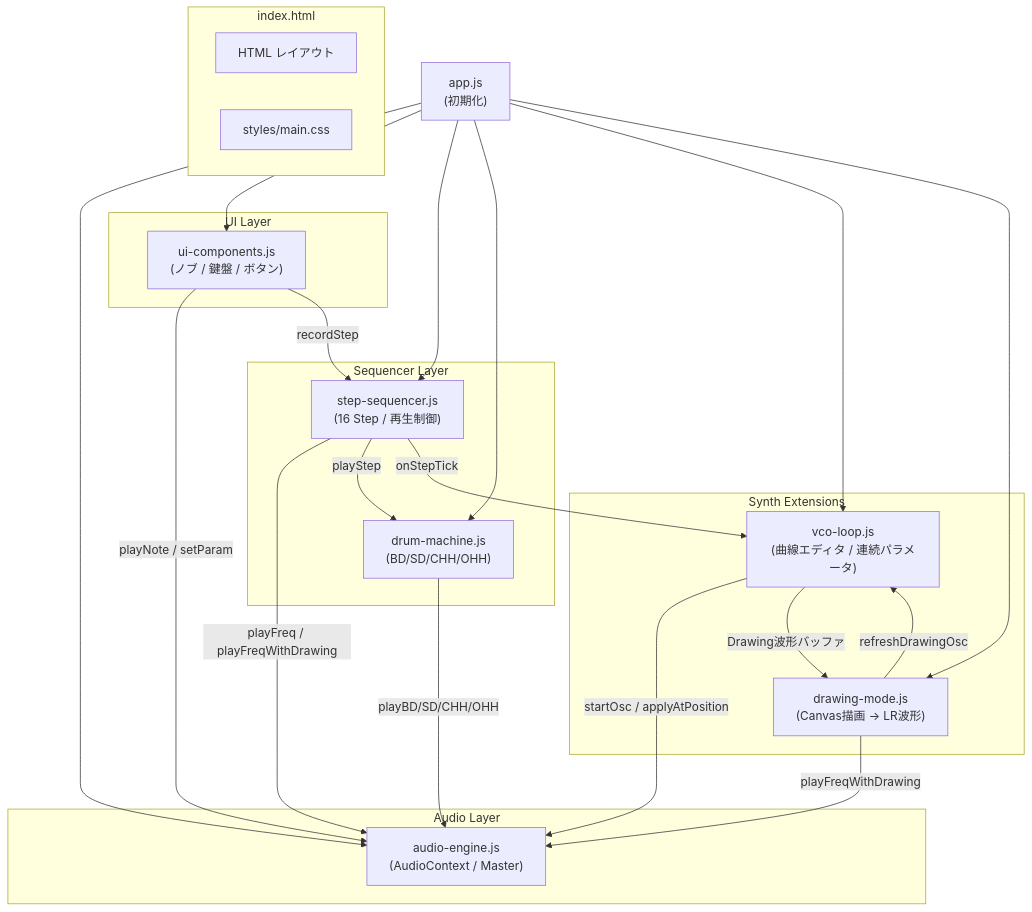
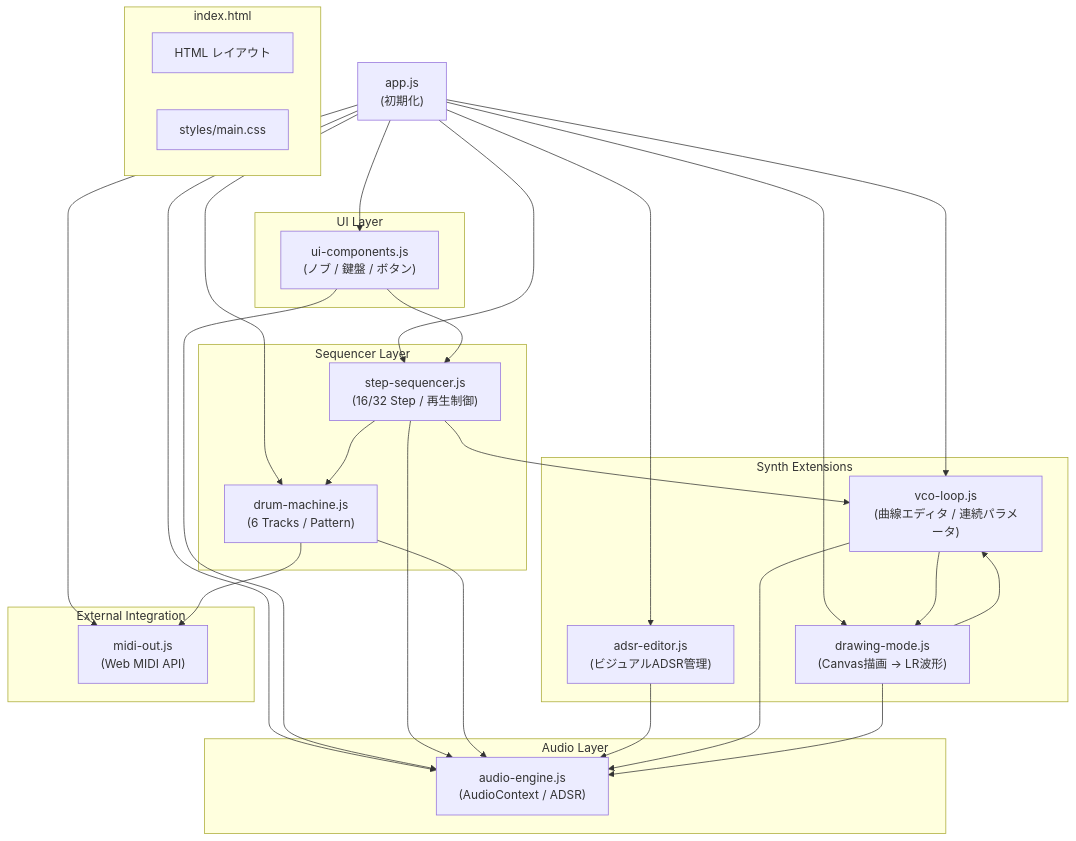
Before and after one commit to na-gasena/DrawingLissajousOscilloscopicSynthesizer-II-DLOSy-II: the first of 2 diagrams in Doc/architecture.md, drawn with Mermaid. The commit also changed other lines of this file and 9 other files, not shown here.

````diff
--- a/Doc/architecture.md
+++ b/Doc/architecture.md
@@ -43,49 +46,59 @@
 ```mermaid
 graph TD
     subgraph "index.html"
         HTML["HTML レイアウト"]
         CSS["styles/main.css"]
     end
 
     subgraph "Audio Layer"
-        AE["audio-engine.js<br/>(AudioContext / Master)"]
+        AE["audio-engine.js<br/>(AudioContext / ADSR)"]
     end
 
     subgraph "Sequencer Layer"
-        SS["step-sequencer.js<br/>(16 Step / 再生制御)"]
-        DM["drum-machine.js<br/>(BD/SD/CHH/OHH)"]
+        SS["step-sequencer.js<br/>(16/32 Step / 再生制御)"]
+        DM["drum-machine.js<br/>(6 Tracks / Pattern)"]
     end
 
     subgraph "Synth Extensions"
+        ADSR["adsr-editor.js<br/>(ビジュアルADSR管理)"]
         VCO["vco-loop.js<br/>(曲線エディタ / 連続パラメータ)"]
         DRAW["drawing-mode.js<br/>(Canvas描画 → LR波形)"]
+    end
+
+    subgraph "External Integration"
+        MIDI["midi-out.js<br/>(Web MIDI API)"]
     end
 
     subgraph "UI Layer"
         UI["ui-components.js<br/>(ノブ / 鍵盤 / ボタン)"]
     end
 
     APP["app.js<br/>(初期化)"]
 
     APP --> AE
     APP --> UI
     APP --> SS
     APP --> DM
     APP --> VCO
     APP --> DRAW
+    APP --> ADSR
+    APP --> MIDI
 
-    UI -->|"playNote / setParam"| AE
-    UI -->|"recordStep"| SS
+    UI --> AE
+    UI --> SS
 
-    SS -->|"playFreq / playFreqWithDrawing"| AE
-    SS -->|"playStep"| DM
-    SS -->|"onStepTick"| VCO
+    SS --> AE
+    SS --> DM
+    SS --> VCO
 
-    DM -->|"playBD/SD/CHH/OHH"| AE
+    DM --> AE
+    DM --> MIDI
 
-    VCO -->|"startOsc / applyAtPosition"| AE
-    VCO -->|"Drawing波形バッファ"| DRAW
+    ADSR --> AE
 
-    DRAW -->|"playFreqWithDrawing"| AE
-    DRAW -->|"refreshDrawingOsc"| VCO
+    VCO --> AE
+    VCO --> DRAW
+
+    DRAW --> AE
+    DRAW --> VCO
 ```
````
